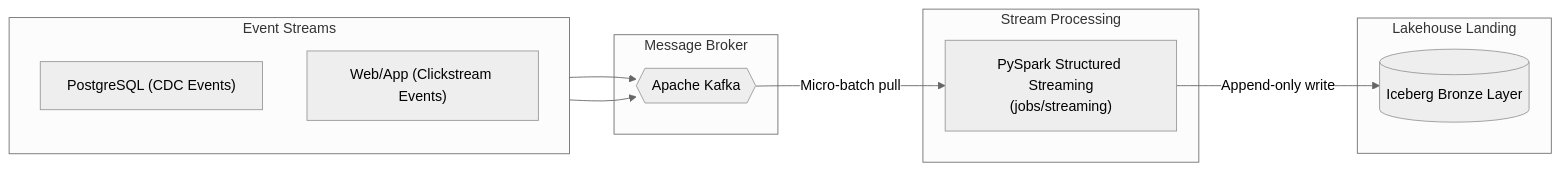
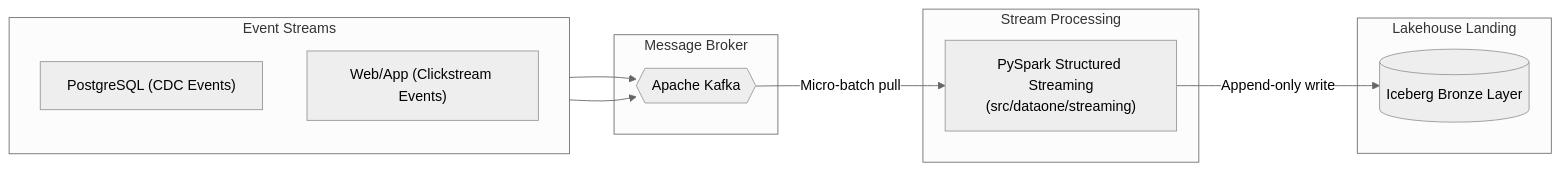
Before and after one commit to Mr-Number-One-Learning/dataone: the second of 3 diagrams in docs/DATA_MODELING.md, drawn with Mermaid (neutral theme). The commit also changed other lines of this file and 22 other files, not shown here.

````diff
--- a/docs/DATA_MODELING.md
+++ b/docs/DATA_MODELING.md
@@ -112,25 +120,25 @@
 ```mermaid
 flowchart LR
     subgraph Sources ["Event Streams"]
         direction TB
         CDC["PostgreSQL (CDC Events)"]
         Web["Web/App (Clickstream Events)"]
     end
 
     subgraph Broker ["Message Broker"]
         Kafka{{"Apache Kafka"}}
     end
 
     subgraph Compute ["Stream Processing"]
-        SparkStream["PySpark Structured Streaming\n(jobs/streaming)"]
+        SparkStream["PySpark Structured Streaming\n(src/dataone/streaming)"]
     end
 
     subgraph Sink ["Lakehouse Landing"]
         Bronze[("Iceberg Bronze Layer")]
     end
 
     CDC --> Kafka
     Web --> Kafka
     Kafka -->|"Micro-batch pull"| SparkStream
     SparkStream -->|"Append-only write"| Bronze
 ```
````
